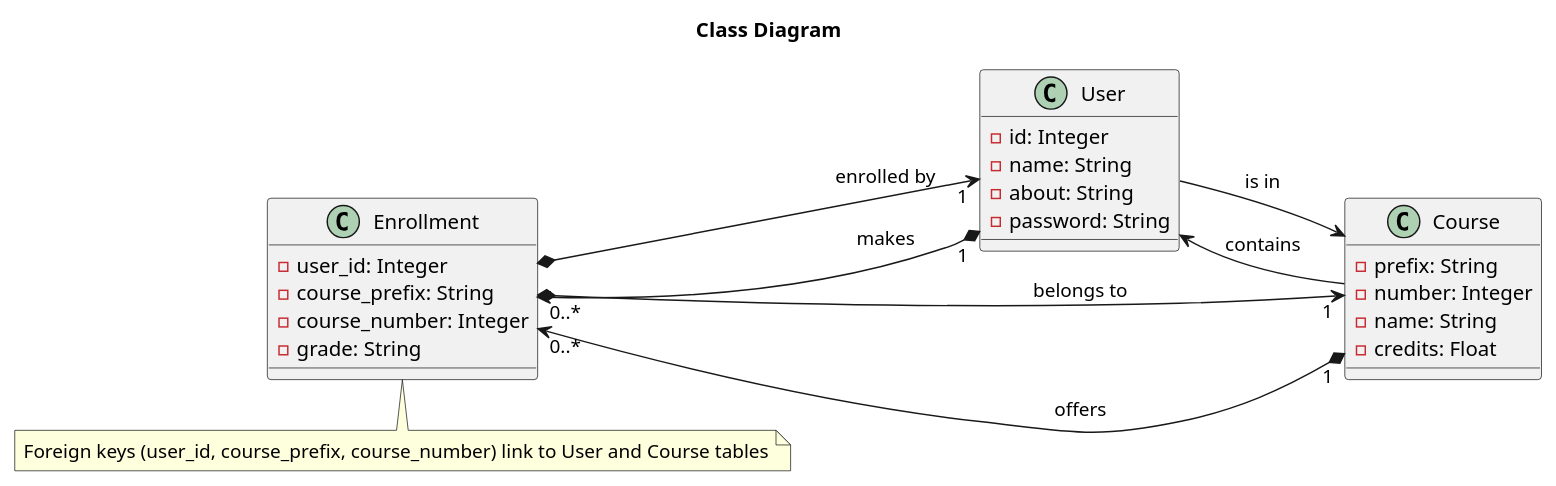
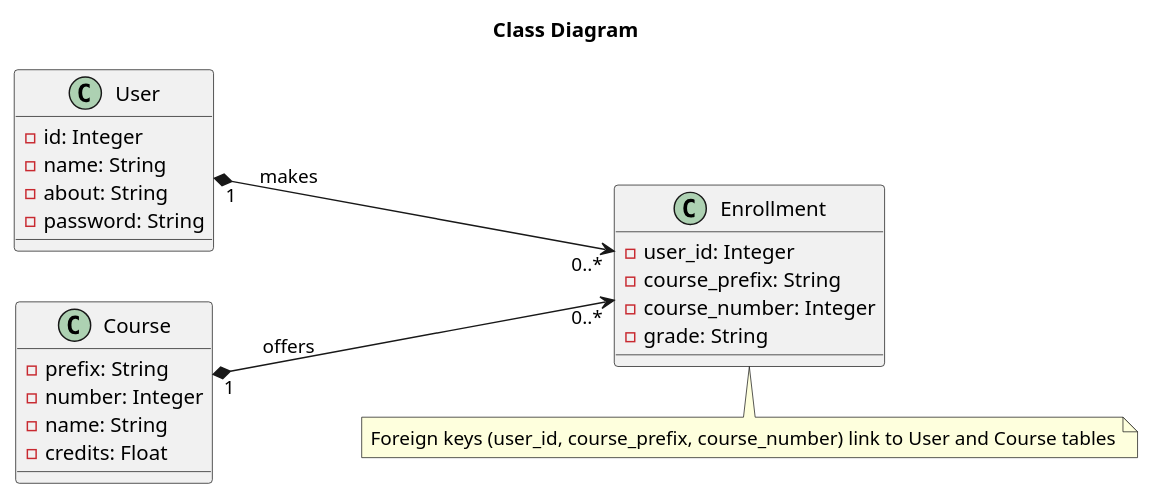
Before and after one commit to lunarOntologist/prj-1: the diagram in uml/class.wsd, drawn with PlantUML. The commit also changed 3 other files, not shown here.

Commit message:
Update UML

```diff
--- a/uml/class.wsd
+++ b/uml/class.wsd
@@ -1,34 +1,29 @@
 @startuml Class Diagram
 title Class Diagram
 left to right direction
 class User {
     -id: Integer
     -name: String
     -about: String
     -password: String
     }
 
 class Course {
     -prefix: String
     -number: Integer
     -name: String
     -credits: Float
     }
 
 class Enrollment {
     -user_id: Integer
     -course_prefix: String
     -course_number: Integer
     -grade: String
   }
 
   User "1" *--> "0..*" Enrollment : makes
   Course "1" *--> "0..*" Enrollment : offers
-  Enrollment *--> "1" Course : belongs to
-  Enrollment *--> "1" User : enrolled by
-
-  User --> Course : is in
-  Course --> User : contains
 
   note bottom of Enrollment: Foreign keys (user_id, course_prefix, course_number) link to User and Course tables
 @enduml
```
